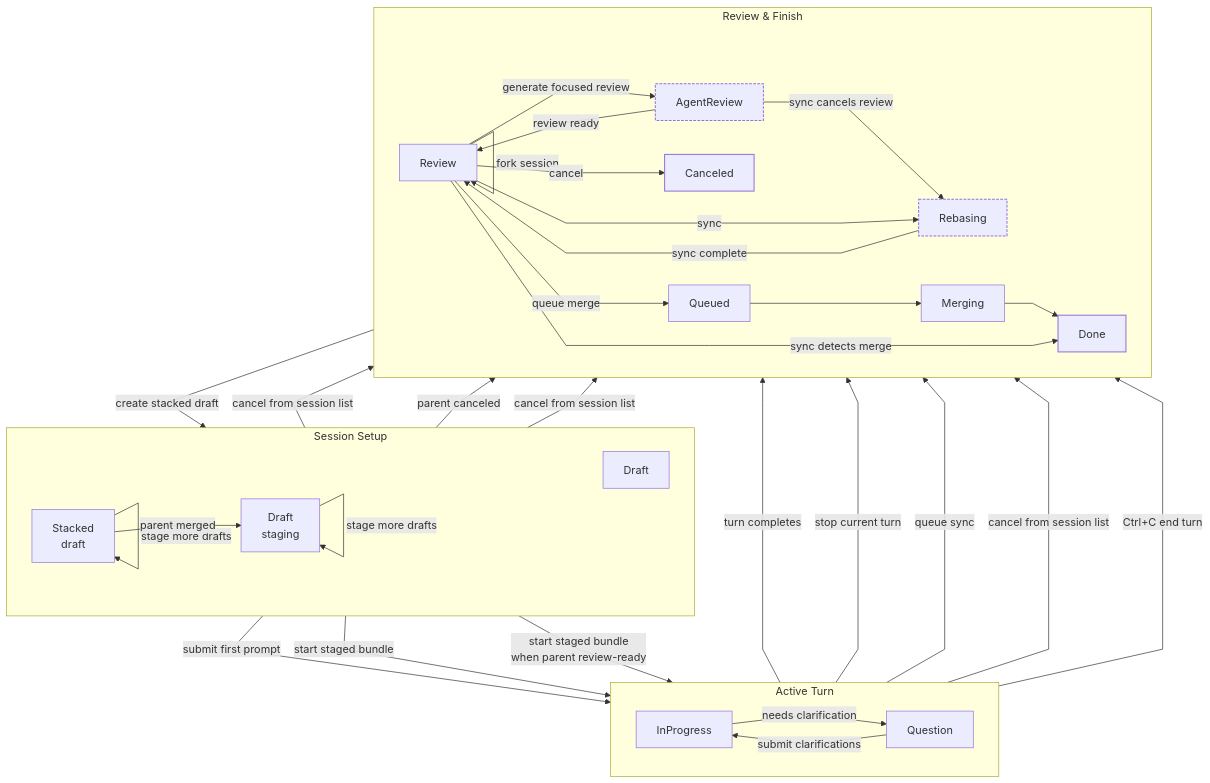
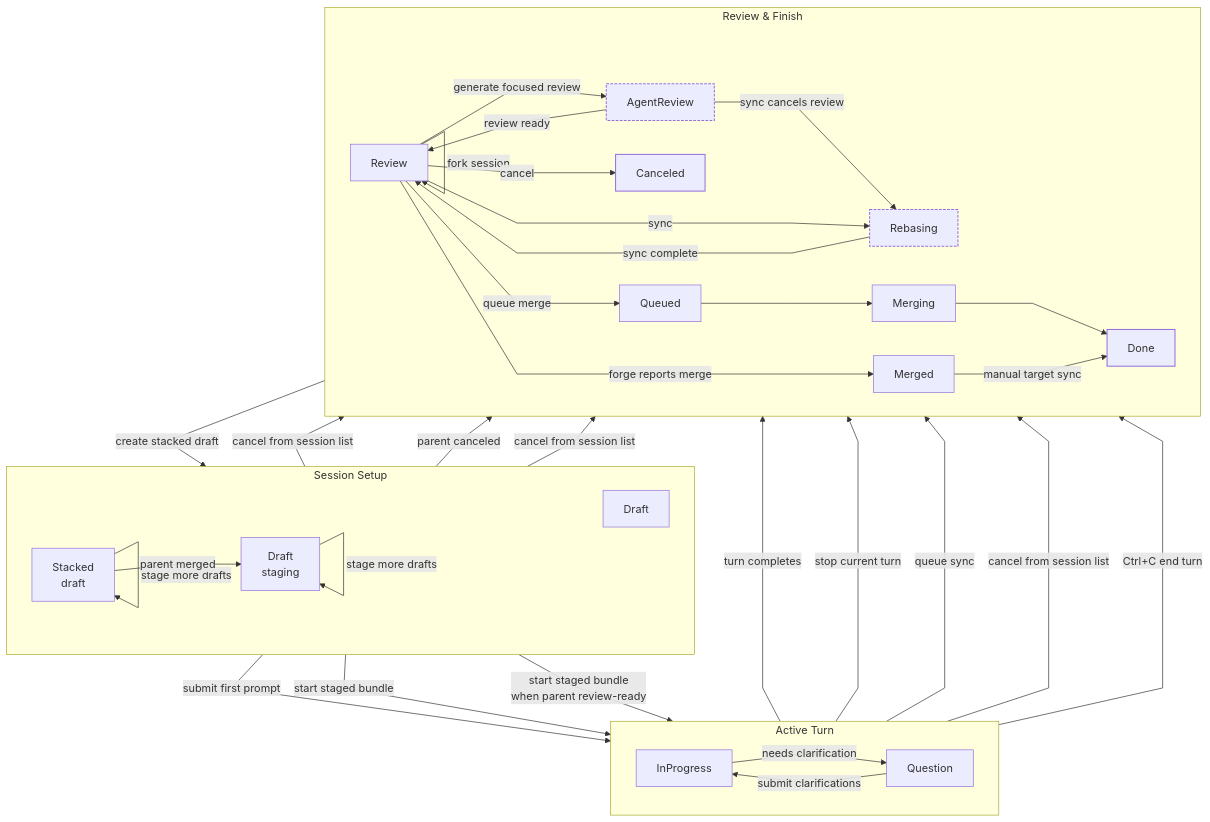
The diagram in docs/site/content/docs/usage/workflow.md (agentty-xyz/agentty), drawn with Mermaid before and after one commit. The commit also changed other lines of this file and 19 other files, not shown here.

First line of the commit message:
Merged review sessions remain read-only until target sync

````diff
--- a/docs/site/content/docs/usage/workflow.md
+++ b/docs/site/content/docs/usage/workflow.md
@@ -107,64 +108,66 @@
 ```mermaid
 %%{init: { "flowchart": { "curve": "linear" } } }%%
 flowchart TB
   classDef auxiliary stroke-dasharray: 4 2,stroke-width: 1.5px;
   classDef terminal stroke-width: 1.5px;
 
   subgraph start["Session Setup"]
     direction LR
     new_regular["Draft"]
     new_draft["Draft<br/>staging"]
     stacked_draft["Stacked<br/>draft"]
   end
 
   subgraph active["Active Turn"]
     direction LR
     in_progress["InProgress"]
     question["Question"]
   end
 
   subgraph finish["Review & Finish"]
     direction LR
     review["Review"]
     agent_review["AgentReview"]
     rebasing["Rebasing"]
     queued["Queued"]
     merging["Merging"]
+    merged["Merged"]
     done["Done"]
     canceled["Canceled"]
   end
 
   new_regular -->|submit first prompt| in_progress
   new_draft -->|stage more drafts| new_draft
   new_draft -->|start staged bundle| in_progress
   new_draft -->|cancel from session list| canceled
   stacked_draft -->|stage more drafts| stacked_draft
   stacked_draft -->|start staged bundle<br/>when parent review-ready| in_progress
   stacked_draft -->|parent merged| new_draft
   stacked_draft -->|parent canceled| canceled
   stacked_draft -->|cancel from session list| canceled
 
   in_progress -->|turn completes| review
   in_progress -->|needs clarification| question
   in_progress -->|stop current turn| review
   in_progress -->|queue sync| rebasing
   in_progress -->|cancel from session list| canceled
   question -->|submit clarifications| in_progress
   question -->|Ctrl+C end turn| review
 
   review -->|generate focused review| agent_review
   review -->|create stacked draft| stacked_draft
   review -->|fork session| review
   agent_review -->|review ready| review
   agent_review -->|sync cancels review| rebasing
   review -->|sync| rebasing
   rebasing -->|sync complete| review
   review -->|queue merge| queued
   queued --> merging
   merging --> done
   review -->|cancel| canceled
-  review -->|sync detects merge| done
+  review -->|forge reports merge| merged
+  merged -->|manual target sync| done
 
   class agent_review,rebasing auxiliary
   class done,canceled terminal
 ```
````
